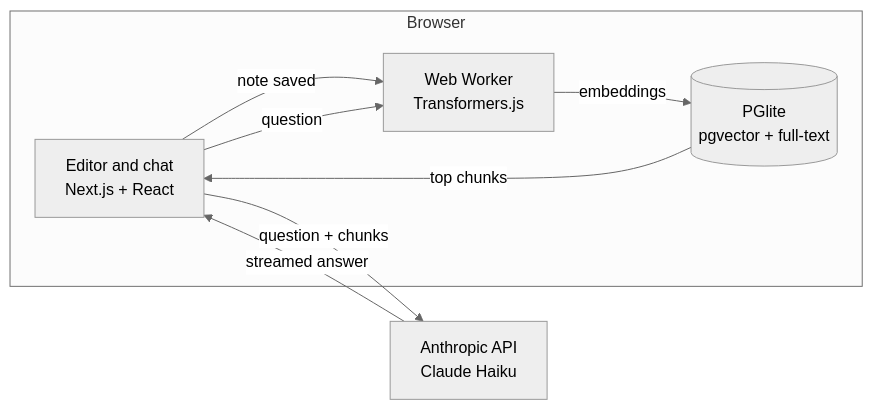
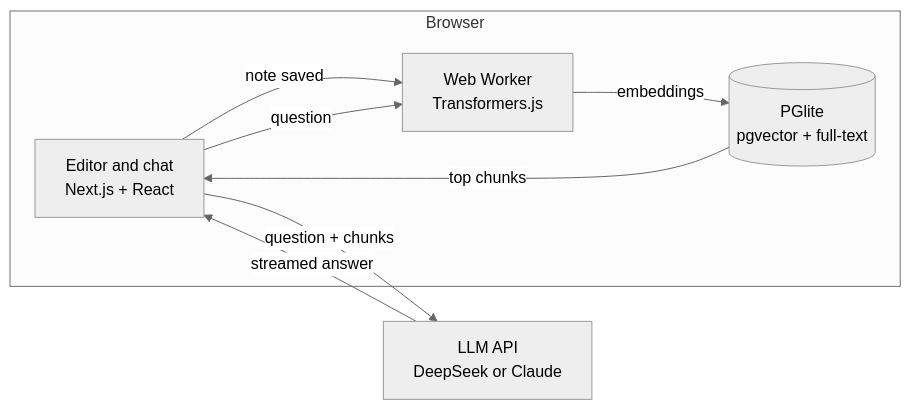
Before and after one commit to iscarvalho/mayonotes: the diagram in README.md, drawn with Mermaid (neutral theme). The commit also changed other lines of this file and 7 other files, not shown here.

First line of the commit message:
feat: DeepSeek provider, sample notes and README demo

````diff
--- a/README.md
+++ b/README.md
@@ -26,16 +25,16 @@
 ```mermaid
 flowchart LR
     subgraph Browser
         UI[Editor and chat<br/>Next.js + React]
         W[Web Worker<br/>Transformers.js]
         DB[(PGlite<br/>pgvector + full-text)]
     end
-    API[Anthropic API<br/>Claude Haiku]
+    API[LLM API<br/>DeepSeek or Claude]
 
     UI -- note saved --> W
     W -- embeddings --> DB
     UI -- question --> W
     DB -- top chunks --> UI
     UI -- question + chunks --> API
     API -- streamed answer --> UI
 ```
````
